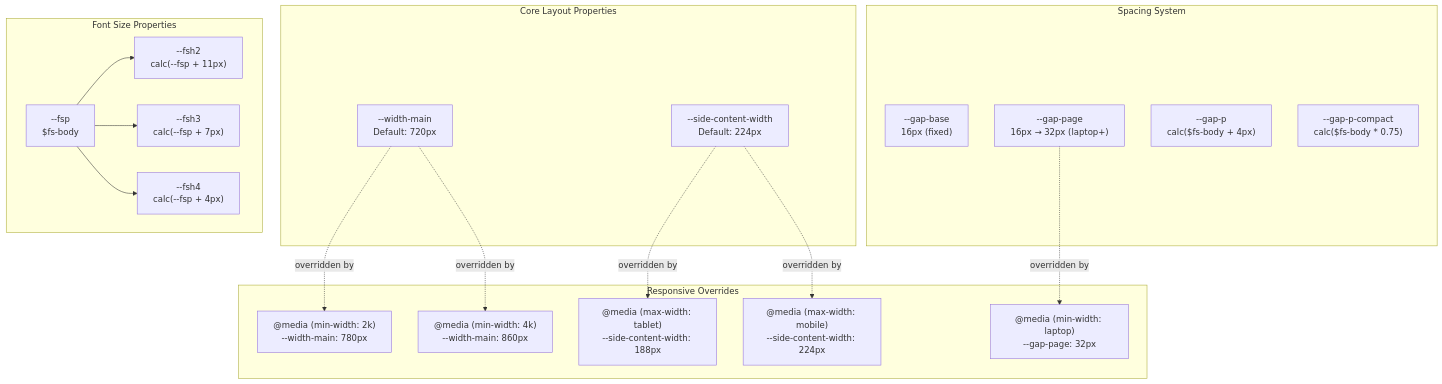
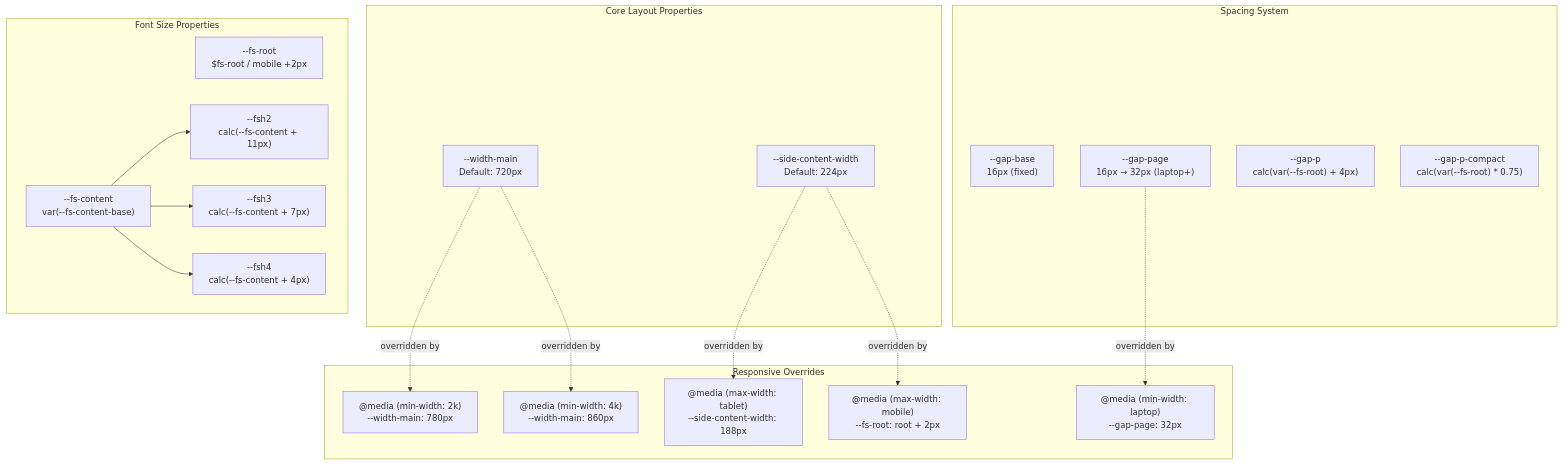
The fifth of 7 diagrams in docs/knowledge/01-样式系统/design-tokens.md (xaoxuu/hexo-theme-stellar), drawn with Mermaid before and after one commit. The commit also changed other lines of this file and 41 other files, not shown here.

````diff
--- a/docs/knowledge/01-样式系统/design-tokens.md
+++ b/docs/knowledge/01-样式系统/design-tokens.md
@@ -295,39 +295,40 @@
 ```mermaid
 graph TB
     subgraph "Core Layout Properties"
         WIDTHMAIN["--width-main<br/>Default: 720px"]
         SIDEWIDTH["--side-content-width<br/>Default: 224px"]
     end
     
     subgraph "Spacing System"
         BASE["--gap-base<br/>16px (fixed)"]
         PAGE["--gap-page<br/>16px → 32px (laptop+)"]
-        GAPP["--gap-p<br/>calc($fs-body + 4px)"]
-        GAPCOMPACT["--gap-p-compact<br/>calc($fs-body * 0.75)"]
+        GAPP["--gap-p<br/>calc(var(--fs-root) + 4px)"]
+        GAPCOMPACT["--gap-p-compact<br/>calc(var(--fs-root) * 0.75)"]
     end
     
     subgraph "Font Size Properties"
-        FSP["--fsp<br/>$fs-body"]
-        FSH2["--fsh2<br/>calc(--fsp + 11px)"]
-        FSH3["--fsh3<br/>calc(--fsp + 7px)"]
-        FSH4["--fsh4<br/>calc(--fsp + 4px)"]
+        FSROOT["--fs-root<br/>$fs-root / mobile +2px"]
+        FSP["--fs-content<br/>var(--fs-content-base)"]
+        FSH2["--fsh2<br/>calc(--fs-content + 11px)"]
+        FSH3["--fsh3<br/>calc(--fs-content + 7px)"]
+        FSH4["--fsh4<br/>calc(--fs-content + 4px)"]
     end
     
     subgraph "Responsive Overrides"
         MEDIA2K["@media (min-width: 2k)<br/>--width-main: 780px"]
         MEDIA4K["@media (min-width: 4k)<br/>--width-main: 860px"]
         MEDIATABLET["@media (max-width: tablet)<br/>--side-content-width: 188px"]
-        MEDIAMOBILE["@media (max-width: mobile)<br/>--side-content-width: 224px"]
+        MEDIAMOBILE["@media (max-width: mobile)<br/>--fs-root: root + 2px"]
         MEDIALAPTOP["@media (min-width: laptop)<br/>--gap-page: 32px"]
     end
     
     FSP --> FSH2
     FSP --> FSH3
     FSP --> FSH4
     
     WIDTHMAIN -.overridden by.-> MEDIA2K
     WIDTHMAIN -.overridden by.-> MEDIA4K
     SIDEWIDTH -.overridden by.-> MEDIATABLET
     SIDEWIDTH -.overridden by.-> MEDIAMOBILE
     PAGE -.overridden by.-> MEDIALAPTOP
 ```
````
